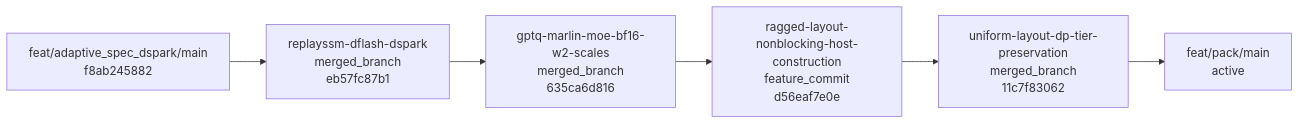
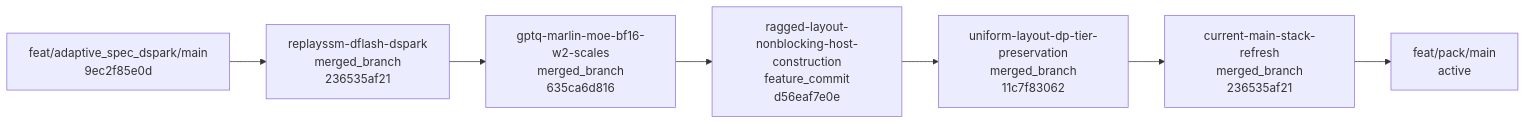
Before and after one commit to EanWang211123/sglang: the second of 5 diagrams in BRANCH_GRAPH.md, drawn with Mermaid. The commit also changed other lines of this file and 5 other files, not shown here.

Commit message:
chore: refresh rebased branch stack registry

````diff
--- a/BRANCH_GRAPH.md
+++ b/BRANCH_GRAPH.md
@@ -63,16 +63,18 @@
 ```mermaid
 flowchart LR
-    stack_base_adaptive_dspark_replayssm_gptq_marlin_pack["feat/adaptive_spec_dspark/main<br/>f8ab245882"]
-    stack_adaptive_dspark_replayssm_gptq_marlin_pack_1["replayssm-dflash-dspark<br/>merged_branch<br/>eb57fc87b1"]
+    stack_base_adaptive_dspark_replayssm_gptq_marlin_pack["feat/adaptive_spec_dspark/main<br/>9ec2f85e0d"]
+    stack_adaptive_dspark_replayssm_gptq_marlin_pack_1["replayssm-dflash-dspark<br/>merged_branch<br/>236535af21"]
     stack_base_adaptive_dspark_replayssm_gptq_marlin_pack --> stack_adaptive_dspark_replayssm_gptq_marlin_pack_1
     click stack_adaptive_dspark_replayssm_gptq_marlin_pack_1 "https://github.com/sgl-project/sglang/pull/36683"
     stack_adaptive_dspark_replayssm_gptq_marlin_pack_2["gptq-marlin-moe-bf16-w2-scales<br/>merged_branch<br/>635ca6d816"]
     stack_adaptive_dspark_replayssm_gptq_marlin_pack_1 --> stack_adaptive_dspark_replayssm_gptq_marlin_pack_2
     click stack_adaptive_dspark_replayssm_gptq_marlin_pack_2 "https://github.com/sgl-project/sglang/pull/35955"
     stack_adaptive_dspark_replayssm_gptq_marlin_pack_3["ragged-layout-nonblocking-host-construction<br/>feature_commit<br/>d56eaf7e0e"]
     stack_adaptive_dspark_replayssm_gptq_marlin_pack_2 --> stack_adaptive_dspark_replayssm_gptq_marlin_pack_3
     stack_adaptive_dspark_replayssm_gptq_marlin_pack_4["uniform-layout-dp-tier-preservation<br/>merged_branch<br/>11c7f83062"]
     stack_adaptive_dspark_replayssm_gptq_marlin_pack_3 --> stack_adaptive_dspark_replayssm_gptq_marlin_pack_4
+    stack_adaptive_dspark_replayssm_gptq_marlin_pack_5["current-main-stack-refresh<br/>merged_branch<br/>236535af21"]
+    stack_adaptive_dspark_replayssm_gptq_marlin_pack_4 --> stack_adaptive_dspark_replayssm_gptq_marlin_pack_5
     stack_output_adaptive_dspark_replayssm_gptq_marlin_pack["feat/pack/main<br/>active"]
-    stack_adaptive_dspark_replayssm_gptq_marlin_pack_4 --> stack_output_adaptive_dspark_replayssm_gptq_marlin_pack
+    stack_adaptive_dspark_replayssm_gptq_marlin_pack_5 --> stack_output_adaptive_dspark_replayssm_gptq_marlin_pack
 ```
````
